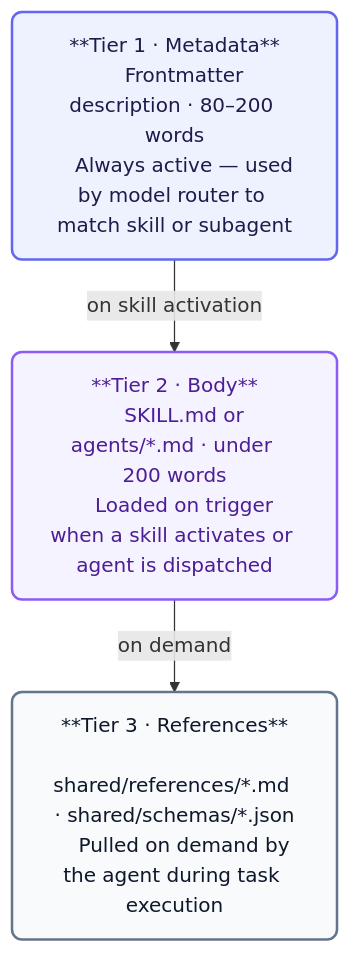
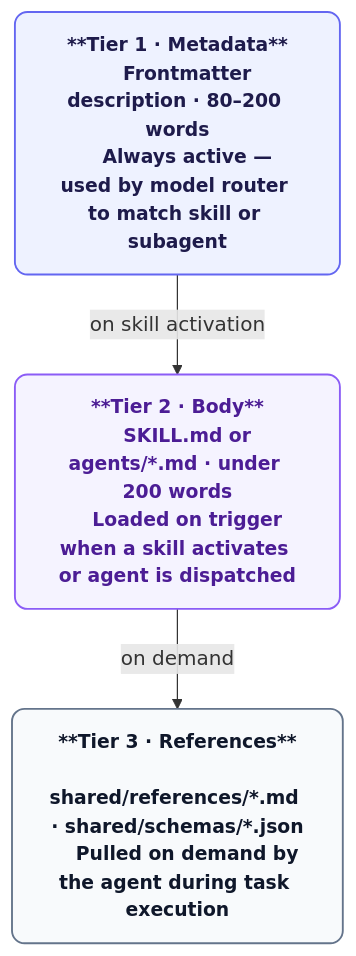
Before and after one commit to orin-dx/agent-plugins: the first of 5 diagrams in ARCHITECTURE.md, drawn with Mermaid. The commit also changed other lines of this file and 211 other files, not shown here.

````diff
--- a/ARCHITECTURE.md
+++ b/ARCHITECTURE.md
@@ -11,25 +11,26 @@
 ```mermaid
+%%{init: {'flowchart': {'curve': 'basis', 'nodeSpacing': 40, 'rankSpacing': 56}}}%%
 flowchart TD
-    classDef source fill:#eef2ff,stroke:#6366f1,stroke-width:2px,color:#1e1b4b,rx:8px,ry:8px;
-    classDef engine fill:#f5f3ff,stroke:#8b5cf6,stroke-width:2px,color:#4c1d95,rx:8px,ry:8px;
-    classDef store fill:#f8fafc,stroke:#64748b,stroke-width:2px,color:#0f172a,rx:8px,ry:8px;
+    classDef source fill:#eef2ff,stroke:#6366f1,stroke-width:1.5px,color:#1e1b4b,rx:10,ry:10,font-size:15px,font-weight:600;
+    classDef engine fill:#f5f3ff,stroke:#8b5cf6,stroke-width:1.5px,color:#4c1d95,rx:10,ry:10,font-size:15px,font-weight:600;
+    classDef store fill:#f8fafc,stroke:#64748b,stroke-width:1.5px,color:#0f172a,rx:10,ry:10,font-size:15px,font-weight:600;
 
     T1["**Tier 1 · Metadata**
     Frontmatter description · 80–200 words
     Always active — used by model router to match skill or subagent"]
 
     T2["**Tier 2 · Body**
     SKILL.md or agents/*.md · under 200 words
     Loaded on trigger when a skill activates or agent is dispatched"]
 
     T3["**Tier 3 · References**
     shared/references/*.md · shared/schemas/*.json
     Pulled on demand by the agent during task execution"]
 
     T1 -->|on skill activation| T2
     T2 -->|on demand| T3
 
     class T1 source
     class T2 engine
     class T3 store
 ```
````
